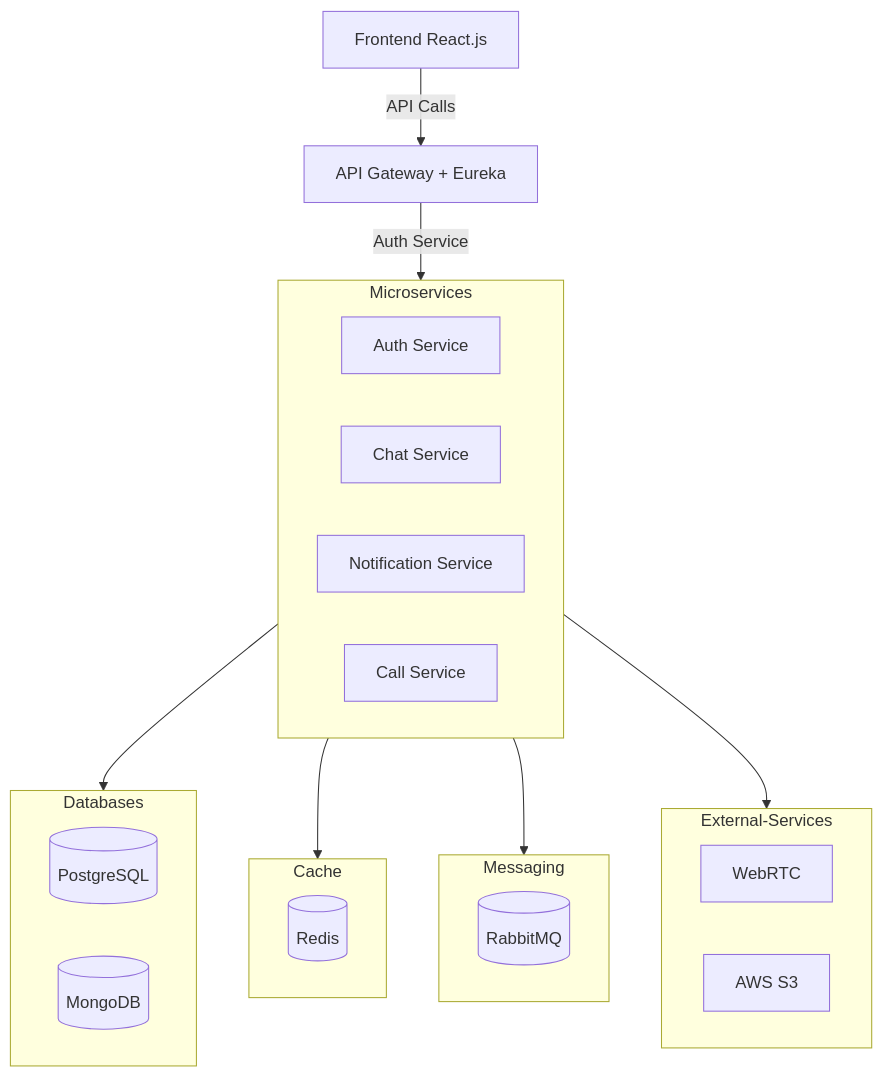
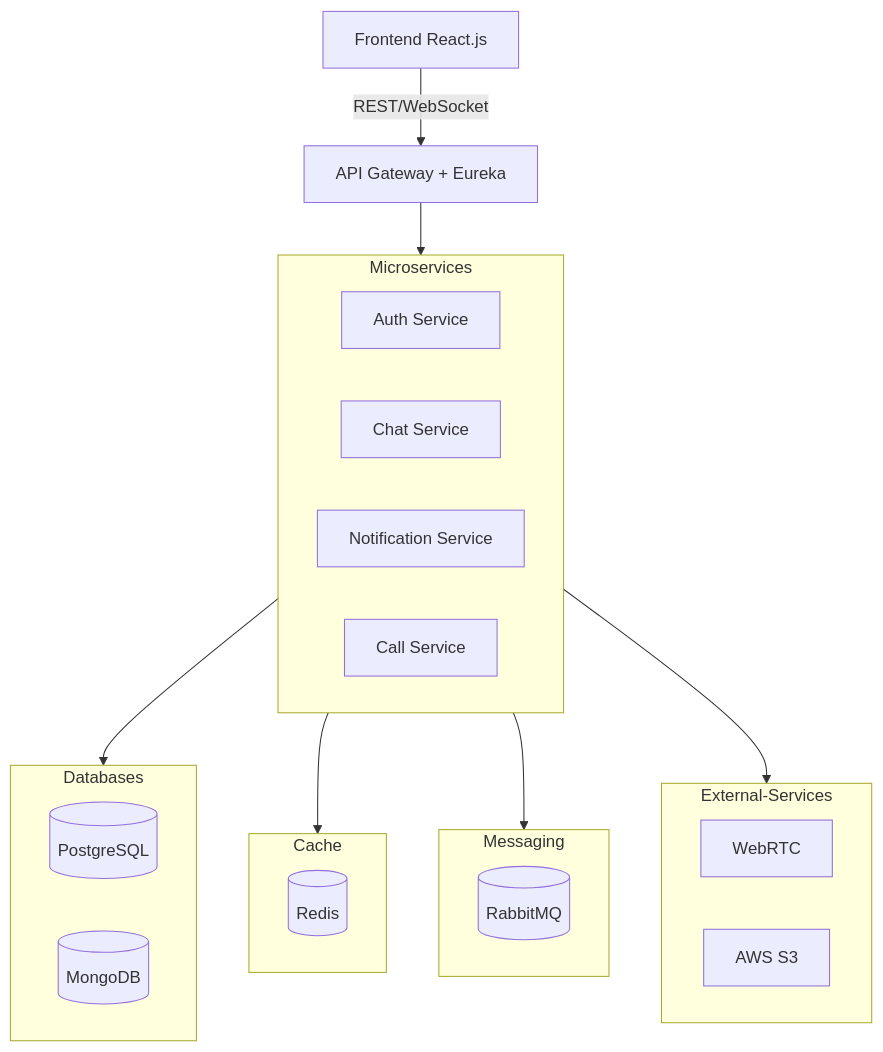
The diagram in software_specifications_document.md (rezi-gelenidze/chatty), drawn with Mermaid before and after one commit.

````diff
--- a/software_specifications_document.md
+++ b/software_specifications_document.md
@@ -97,36 +97,36 @@
 ```mermaid
 graph TD;
-    A[Frontend React.js] -->|API Calls| B[API Gateway + Eureka];
+    A[Frontend React.js] -->|REST/WebSocket| B[API Gateway + Eureka];
     
-    B -->|Auth Service| Microservices
+    B --> Microservices
     
     Microservices --> Databases
     Microservices --> Cache
     Microservices --> Messaging
     Microservices --> External-Services
     
     subgraph "Microservices"
         C[Auth Service]
         D[Chat Service]
         E[Notification Service]
         F[Call Service]
     end
 
     subgraph "Databases"
         G[(PostgreSQL)]
         H[(MongoDB)]
     end
     
     subgraph "Messaging"
         I[(RabbitMQ)]
     end
 
     subgraph "Cache"
         J[(Redis)]
     end
 
     subgraph "External-Services"
         K[WebRTC]
         L[AWS S3]
     end
 ```
````
